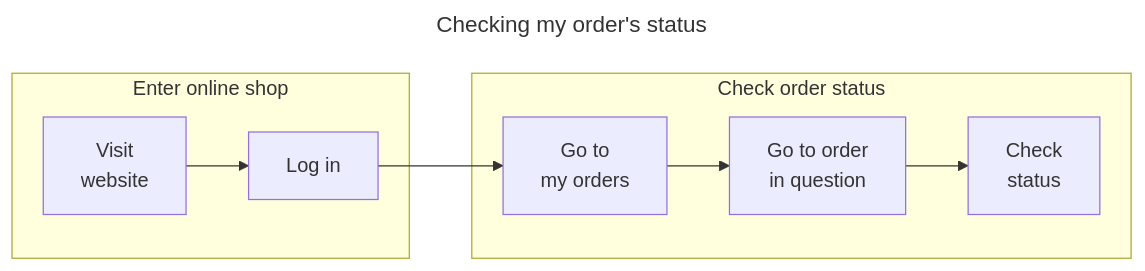
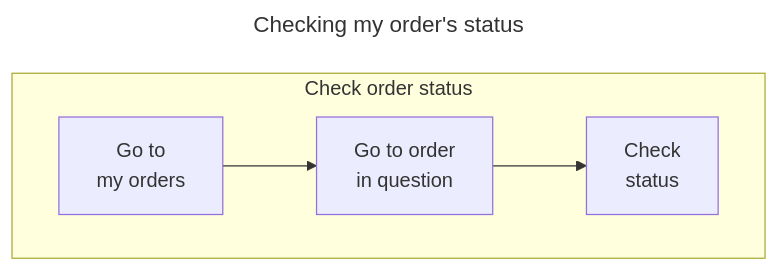
One commit to qw3ry/misarch-docs changed the diagram in image-sources/diagrams/user-journeys/journey-checking.mmd. Above: the diagram before and after it, drawn with Mermaid. The commit also changed 32 other files, not shown here.

Commit message:
Removed login overhead from the user-journey diagrams

```diff
--- a/image-sources/diagrams/user-journeys/journey-checking.mmd
+++ b/image-sources/diagrams/user-journeys/journey-checking.mmd
@@ -1,14 +1,11 @@
 ---
 title: Checking my order's status
 ---
 flowchart LR
-    subgraph Enter online shop
-        A["Visit\nwebsite"]
-        B["Log in"]
-    end
     subgraph Check order status
+        direction LR
         C["Go to\nmy orders"]
         D["Go to order\nin question"]
         E["Check\nstatus"]
     end
-    A --> B --> C --> D --> E
+    C --> D --> E
```
